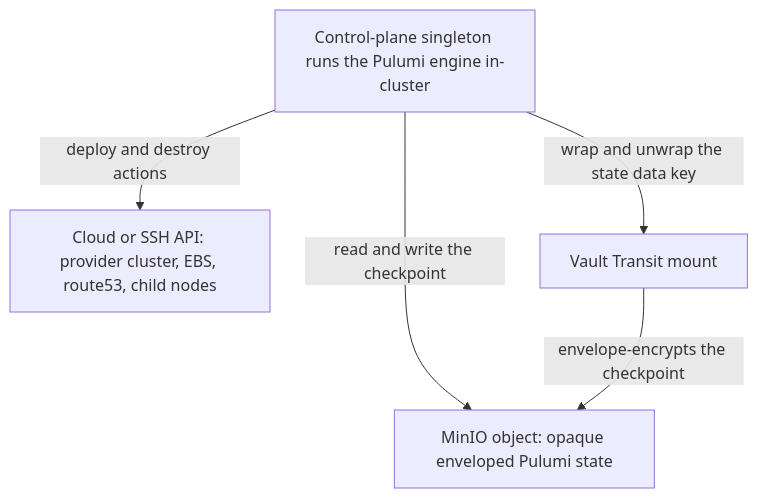
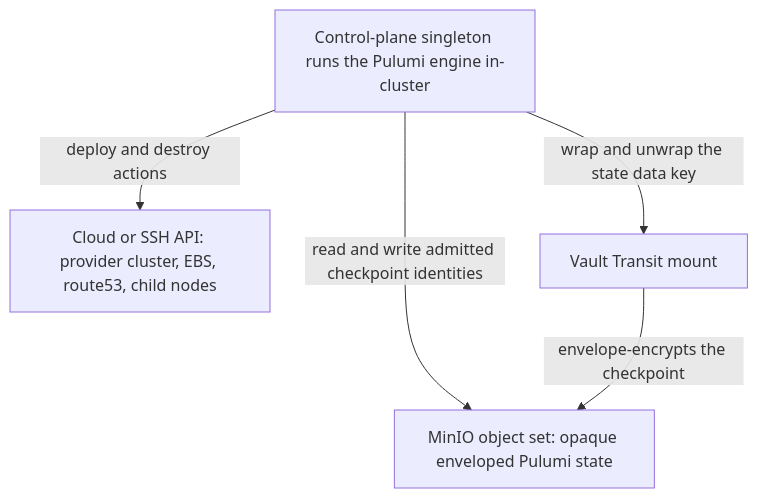
Before and after one commit to Tuee22/amoebius: the first of 2 diagrams in documents/engineering/pulumi_iac_doctrine.md, drawn with Mermaid. The commit also changed other lines of this file and 87 other files, not shown here.

````diff
--- a/documents/engineering/pulumi_iac_doctrine.md
+++ b/documents/engineering/pulumi_iac_doctrine.md
@@ -160,7 +210,7 @@
 ```mermaid
 flowchart TD
   singleton[Control-plane singleton runs the Pulumi engine in-cluster] -->|deploy and destroy actions| target[Cloud or SSH API: provider cluster, EBS, route53, child nodes]
-  singleton -->|read and write the checkpoint| minio[MinIO object: opaque enveloped Pulumi state]
+  singleton -->|read and write admitted checkpoint identities| minio[MinIO object set: opaque enveloped Pulumi state]
   singleton -->|wrap and unwrap the state data key| vault[Vault Transit mount]
   vault -->|envelope-encrypts the checkpoint| minio
 ```
````
